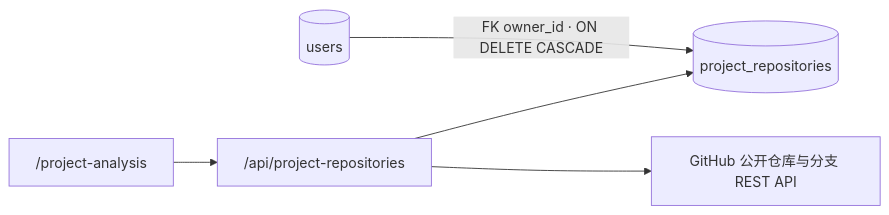
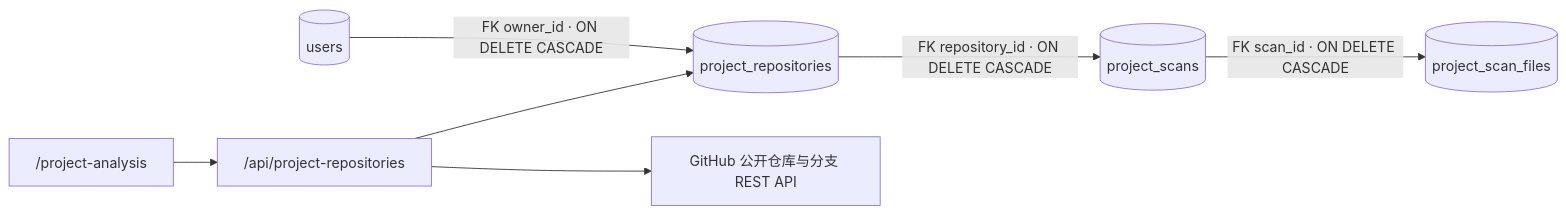
Before and after one commit to weiAX95/admin: the fifth of 17 diagrams in docs/database-relationships.md, drawn with Mermaid. The commit also changed other lines of this file and 12 other files, not shown here.

Commit message:
feat: persist project scans and coverage

````diff
--- a/docs/database-relationships.md
+++ b/docs/database-relationships.md
@@ -73,6 +73,8 @@
 ```mermaid
 flowchart LR
   Users[(users)] -->|"FK owner_id · ON DELETE CASCADE"| Repositories[(project_repositories)]
   Page["/project-analysis"] --> API["/api/project-repositories"] --> Repositories
   API --> GitHub["GitHub 公开仓库与分支 REST API"]
+  Repositories -->|"FK repository_id · ON DELETE CASCADE"| Scans[(project_scans)]
+  Scans -->|"FK scan_id · ON DELETE CASCADE"| Files[(project_scan_files)]
 ```
````
